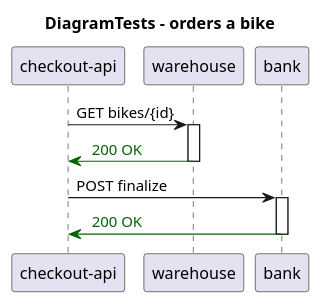
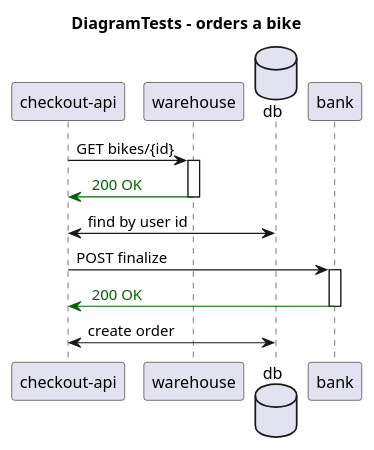
One commit to p10r/bike-checkout-api changed the diagram in diagrams/http4k-diagrams/.generated/DiagramTests - orders a bike - Sequence.puml. Above: the diagram before and after it, drawn with PlantUML. The commit also changed 3 other files, not shown here.

```diff
--- a/diagrams/http4k-diagrams/.generated/DiagramTests - orders a bike - Sequence.puml
+++ b/diagrams/http4k-diagrams/.generated/DiagramTests - orders a bike - Sequence.puml
@@ -1,16 +1,19 @@
 @startuml
 title DiagramTests - orders a bike
 participant "checkout-api"
 participant "warehouse"
+database "db"
 participant "bank"
 "checkout-api" -> "warehouse": GET bikes/{id}
 activate "warehouse"
 
 "warehouse" -[#DarkGreen]> "checkout-api": <color:DarkGreen> 200 OK
 deactivate "warehouse"
+"checkout-api" <-> "db": find by user id
 "checkout-api" -> "bank": POST finalize
 activate "bank"
 
 "bank" -[#DarkGreen]> "checkout-api": <color:DarkGreen> 200 OK
 deactivate "bank"
+"checkout-api" <-> "db": create order
 @enduml
```
